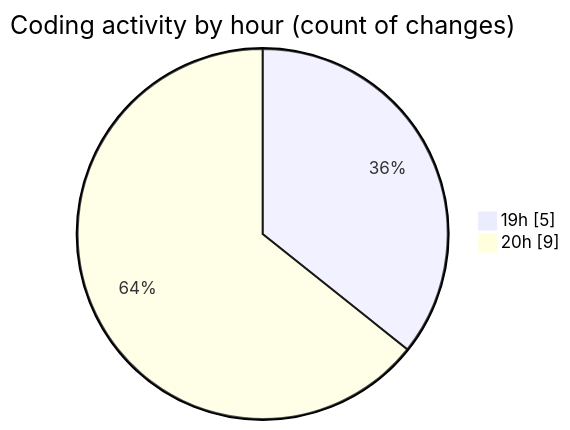
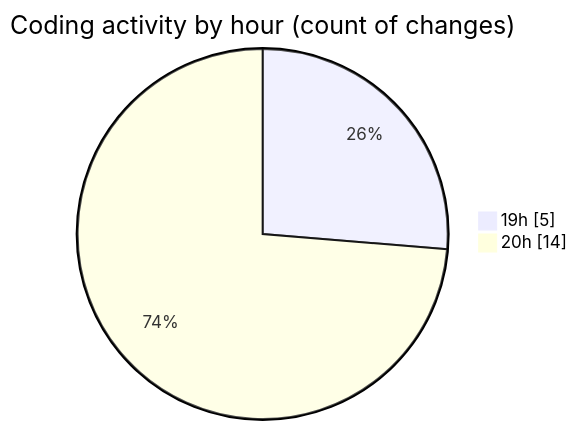
One commit to Netris89/code-tracking changed the second of 2 diagrams in 2025-04-25/echo/README.md. Above: the diagram before and after it, drawn with Mermaid. The commit also changed other lines of this file and 1 other file, not shown here.

````diff
--- a/2025-04-25/echo/README.md
+++ b/2025-04-25/echo/README.md
@@ -30,6 +30,6 @@
 ```mermaid
 pie showData
 title Coding activity by hour (count of changes)
 "19h" : 5
-"20h" : 9
+"20h" : 14
 ```
````
